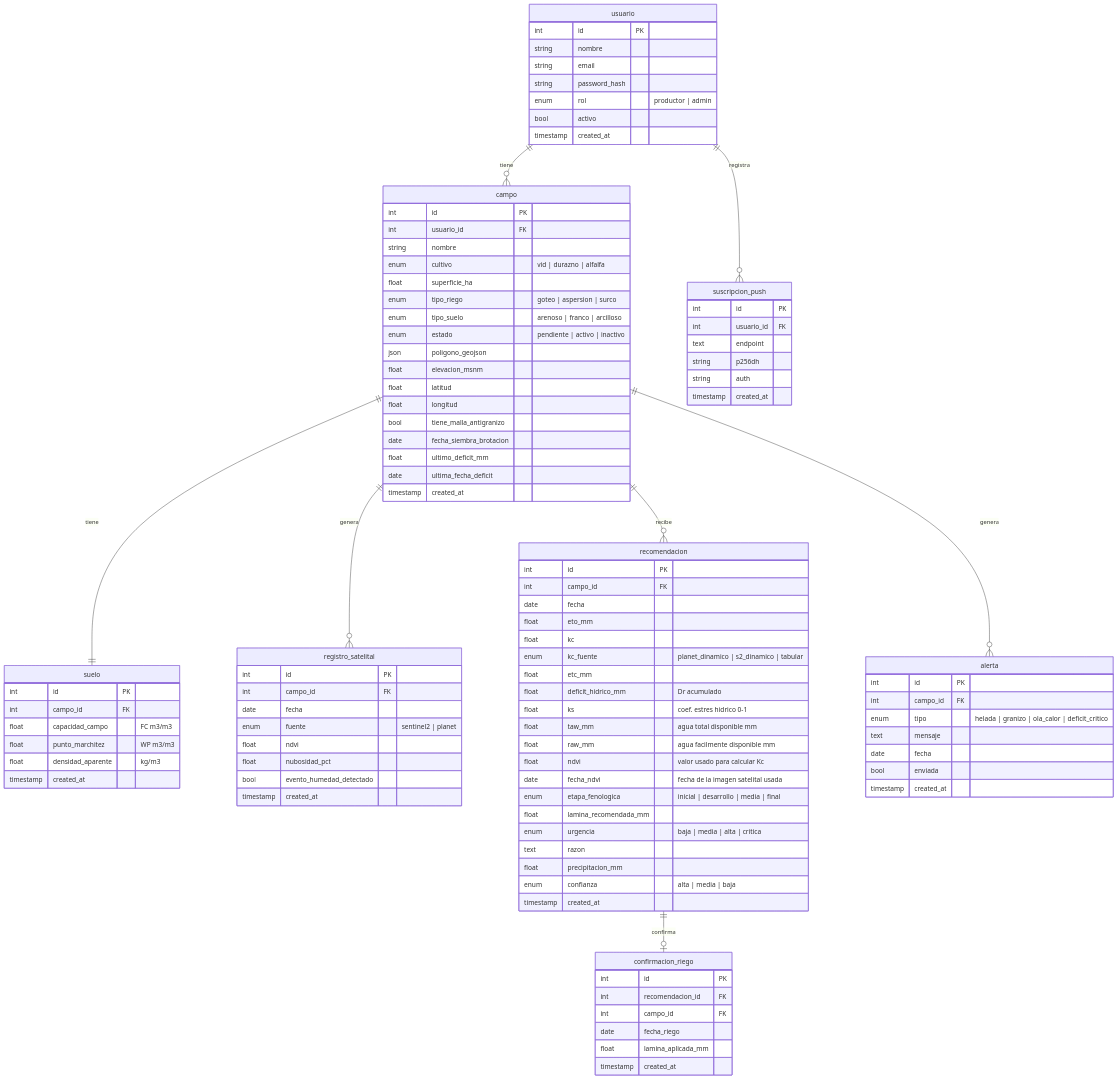
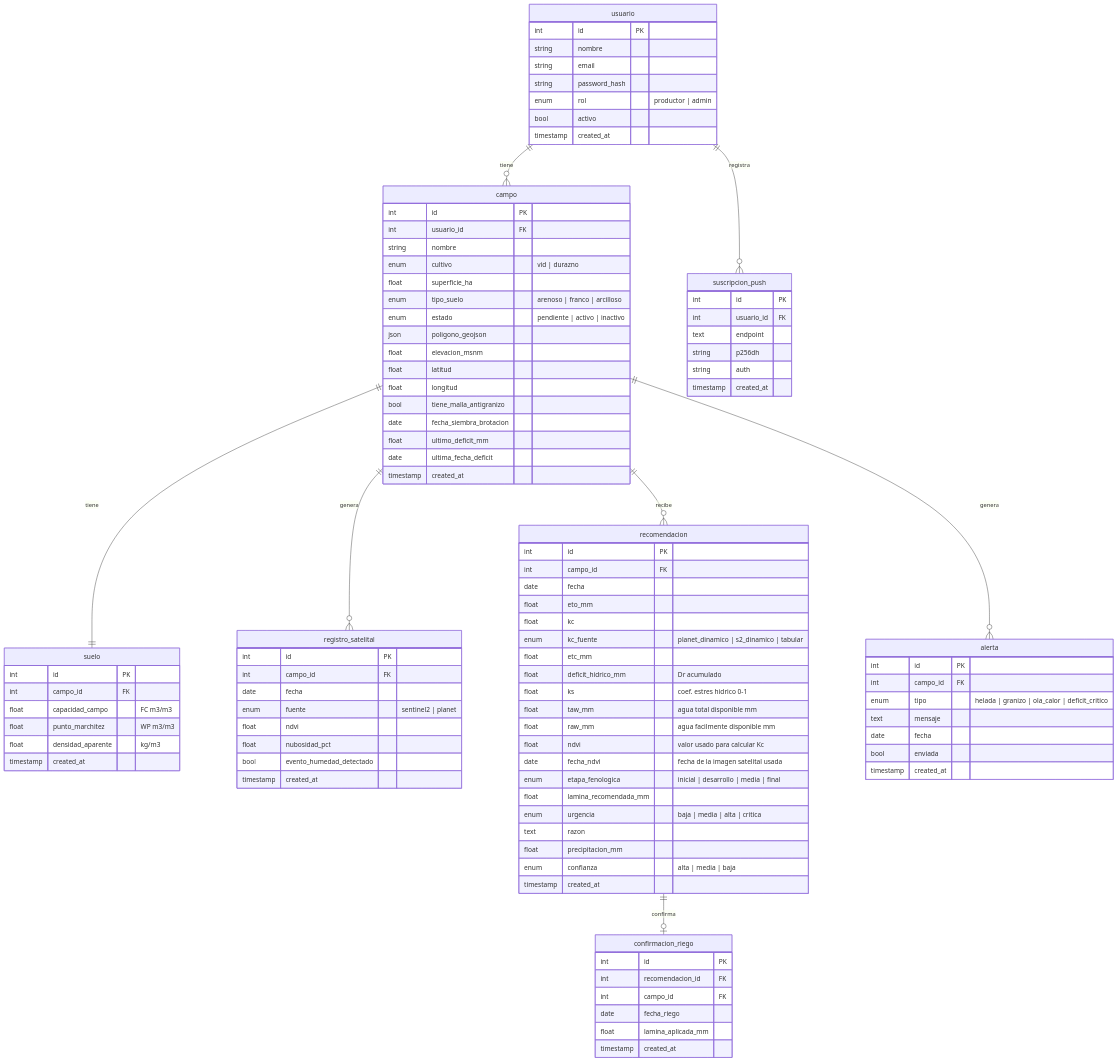
One commit to Pachi69/irrigation-advisor changed the diagram in docs/modelo-datos/er-diagram.md. Above: the diagram before and after it, drawn with Mermaid. The commit also changed 13 other files, not shown here.

First line of the commit message:
refactor: acotar el MVP a cultivos perennes (vid y durazno)

```diff
--- a/docs/modelo-datos/er-diagram.md
+++ b/docs/modelo-datos/er-diagram.md
@@ -18,9 +18,8 @@
         int id PK
         int usuario_id FK
         string nombre
-        enum cultivo "vid | durazno | alfalfa"
+        enum cultivo "vid | durazno"
         float superficie_ha
-        enum tipo_riego "goteo | aspersion | surco"
         enum tipo_suelo "arenoso | franco | arcilloso"
         enum estado "pendiente | activo | inactivo"
         json poligono_geojson
```
